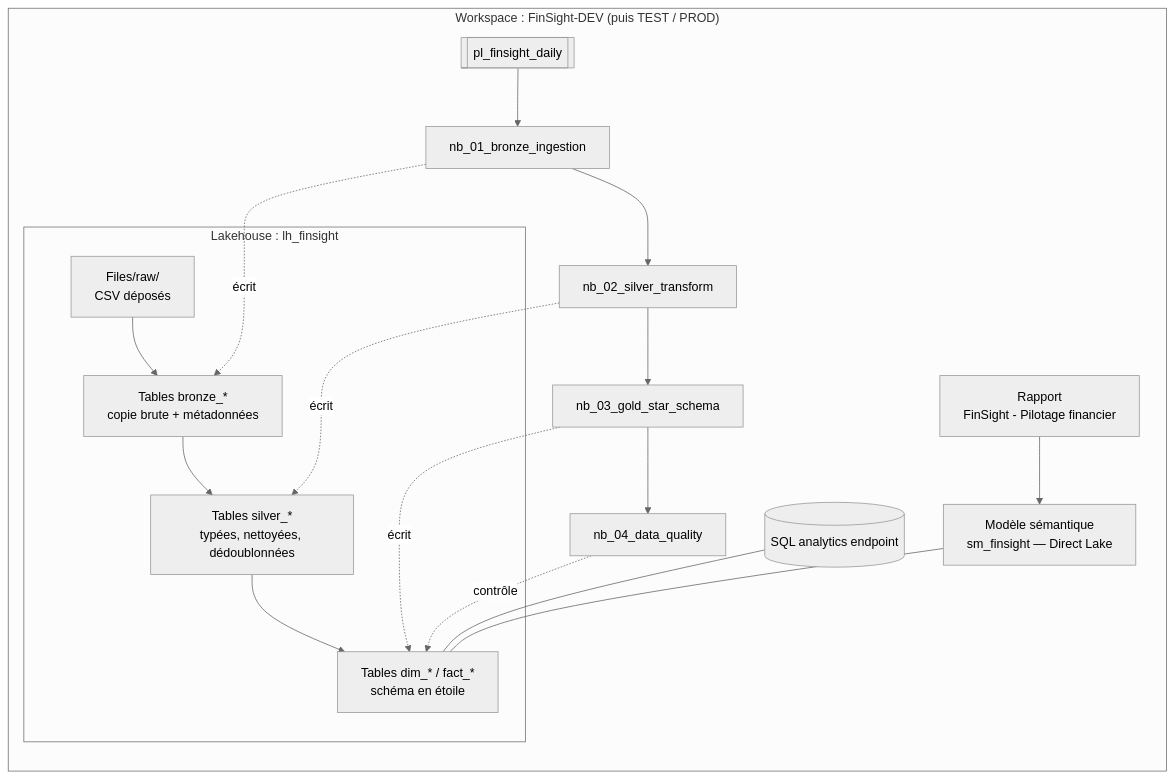
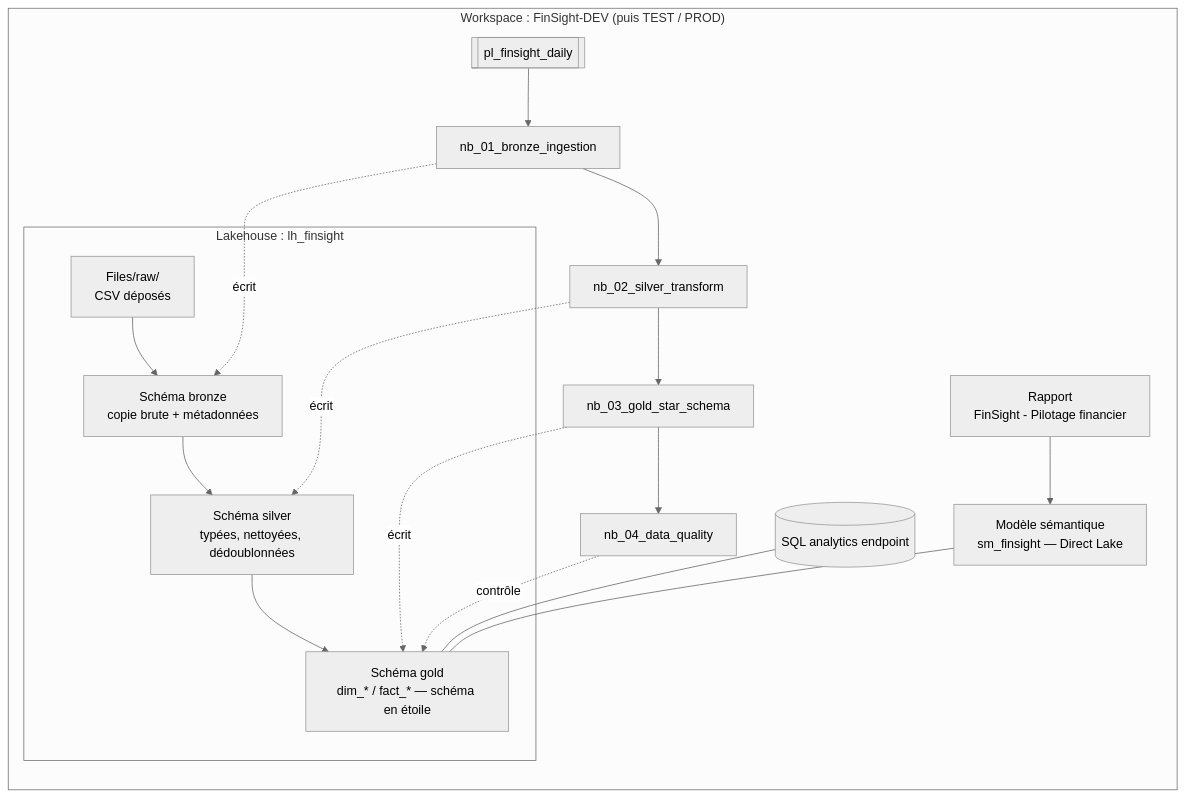
One commit to halid10/finsight-fabric-finance changed the first of 2 diagrams in docs/02-architecture.md. Above: the diagram before and after it, drawn with Mermaid (neutral theme). The commit also changed other lines of this file and 6 other files, not shown here.

Commit message:
docs: schémas bronze/silver/gold dans l'architecture, le guide, le modèle et le backlog (KAN-66)

````diff
--- a/docs/02-architecture.md
+++ b/docs/02-architecture.md
@@ -7,21 +7,21 @@
 ```mermaid
 flowchart TB
     subgraph WS["Workspace : FinSight-DEV (puis TEST / PROD)"]
         direction TB
         subgraph LH["Lakehouse : lh_finsight"]
             F["Files/raw/<br/>CSV déposés"]
-            BR["Tables bronze_*<br/>copie brute + métadonnées"]
-            SI["Tables silver_*<br/>typées, nettoyées, dédoublonnées"]
-            GO["Tables dim_* / fact_*<br/>schéma en étoile"]
+            BR["Schéma bronze<br/>copie brute + métadonnées"]
+            SI["Schéma silver<br/>typées, nettoyées, dédoublonnées"]
+            GO["Schéma gold<br/>dim_* / fact_* — schéma en étoile"]
             F --> BR --> SI --> GO
         end
         NB1[nb_01_bronze_ingestion] -.écrit.-> BR
         NB2[nb_02_silver_transform] -.écrit.-> SI
         NB3[nb_03_gold_star_schema] -.écrit.-> GO
         NB4[nb_04_data_quality] -.contrôle.-> GO
         PL[[pl_finsight_daily]] --> NB1 --> NB2 --> NB3 --> NB4
         SEP[(SQL analytics endpoint)] --- GO
         SM[Modèle sémantique<br/>sm_finsight — Direct Lake] --- GO
         RPT[Rapport<br/>FinSight - Pilotage financier] --> SM
     end
 ```
````
